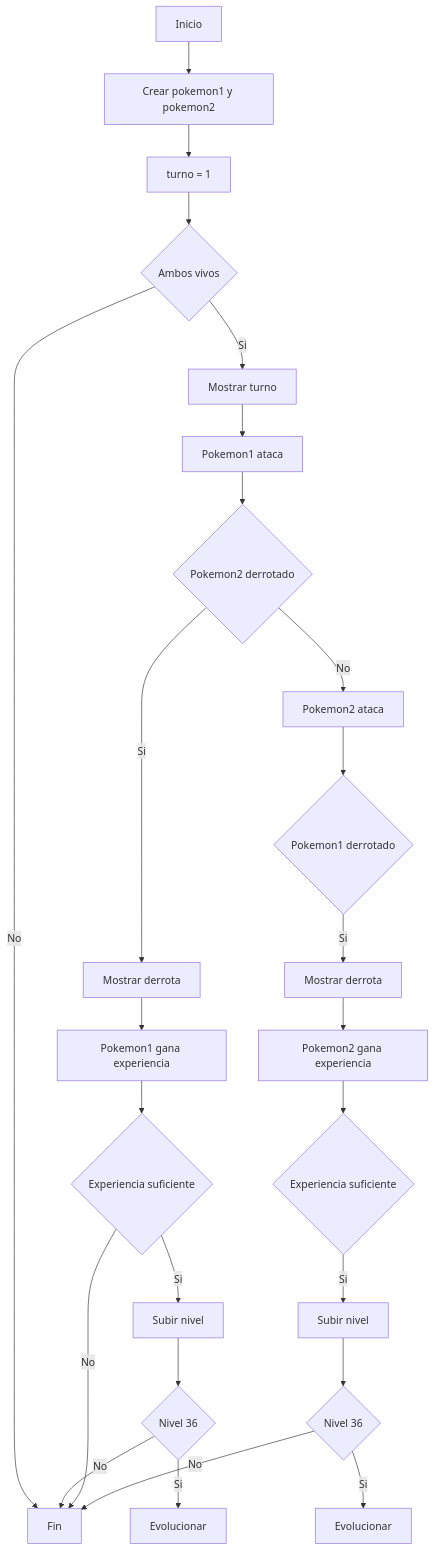
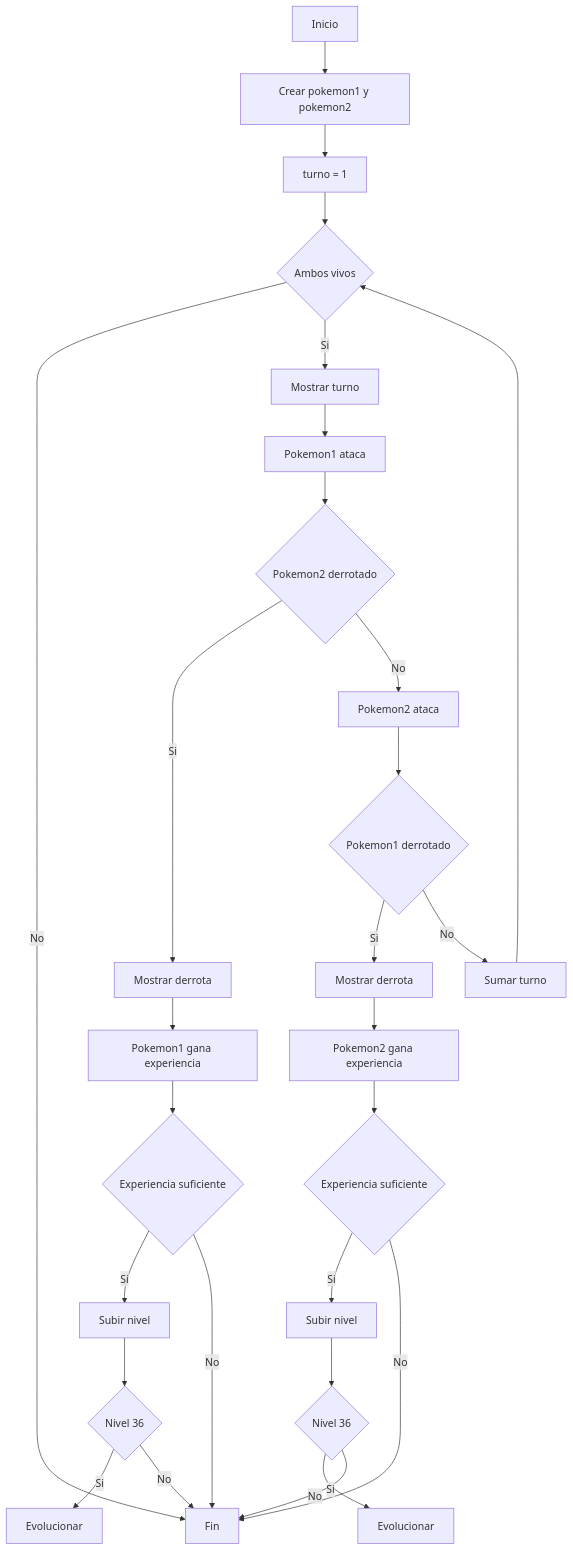
The diagram in Diagrams/FLUJO_LOGICA.md (darovalenzuelaa/Recursos), drawn with Mermaid before and after one commit.

````diff
--- a/Diagrams/FLUJO_LOGICA.md
+++ b/Diagrams/FLUJO_LOGICA.md
@@ -3,38 +3,43 @@
 ```mermaid
 flowchart TD
 
 A[Inicio] --> B[Crear pokemon1 y pokemon2]
 B --> C[turno = 1]
 
 C --> D{Ambos vivos}
 
 D -- No --> Z[Fin]
 D -- Si --> E[Mostrar turno]
 
 E --> F[Pokemon1 ataca]
 F --> G{Pokemon2 derrotado}
 
 G -- Si --> H[Mostrar derrota]
 H --> I[Pokemon1 gana experiencia]
 I --> I1{Experiencia suficiente}
 
 I1 -- Si --> I2[Subir nivel]
 I2 --> I3{Nivel 36}
 I3 -- Si --> I4[Evolucionar]
 I3 -- No --> Z
 
 I1 -- No --> Z
 
 G -- No --> J[Pokemon2 ataca]
 
 J --> K{Pokemon1 derrotado}
 
 K -- Si --> L[Mostrar derrota]
 L --> M[Pokemon2 gana experiencia]
 M --> M1{Experiencia suficiente}
 
 M1 -- Si --> M2[Subir nivel]
 M2 --> M3{Nivel 36}
 M3 -- Si --> M4[Evolucionar]
 M3 -- No --> Z
+
+M1 -- No --> Z
+
+K -- No --> N[Sumar turno]
+N --> D
 ```
````
